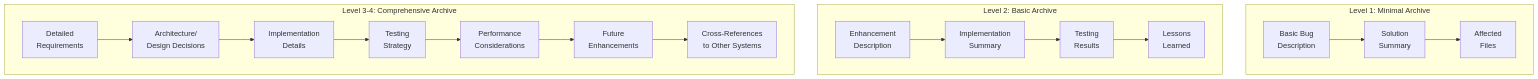
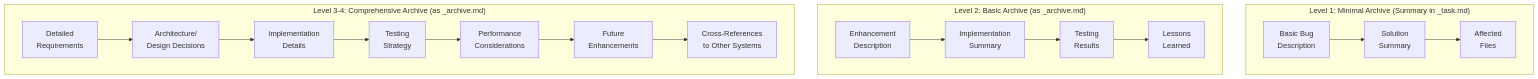
Before and after one commit to vanzan01/cursor-memory-bank: the fourth of 5 diagrams in .cursor/rules/isolation_rules/visual-maps/archive-mode-map.mdc, drawn with Mermaid. The commit also changed other lines of this file and 52 other files, not shown here.

Commit message:
Добавлены новые правила для управления активными задачами и генерации сообщений коммитов. Обновлены существующие правила для улучшения логики обработки контекста и управления задачами. Включены инструкции по созданию заметок для релиза и улучшены диаграммы процесса для режимов ARCHIVE и CREATIVE.

````diff
--- a/.cursor/rules/isolation_rules/visual-maps/archive-mode-map.mdc
+++ b/.cursor/rules/isolation_rules/visual-maps/archive-mode-map.mdc
@@ -123,31 +121,31 @@
 ```mermaid
 graph TD
-    subgraph "Level 1: Minimal Archive"
+    subgraph "Level 1: Minimal Archive (Summary in _task.md)"
         L1A["Basic Bug<br>Description"]
         L1B["Solution<br>Summary"]
         L1C["Affected<br>Files"]
     end
 
-    subgraph "Level 2: Basic Archive"
+    subgraph "Level 2: Basic Archive (as _archive.md)"
         L2A["Enhancement<br>Description"]
         L2B["Implementation<br>Summary"]
         L2C["Testing<br>Results"]
         L2D["Lessons<br>Learned"]
     end
 
-    subgraph "Level 3-4: Comprehensive Archive"
+    subgraph "Level 3-4: Comprehensive Archive (as _archive.md)"
         L3A["Detailed<br>Requirements"]
         L3B["Architecture/<br>Design Decisions"]
         L3C["Implementation<br>Details"]
         L3D["Testing<br>Strategy"]
         L3E["Performance<br>Considerations"]
         L3F["Future<br>Enhancements"]
         L3G["Cross-References<br>to Other Systems"]
     end
 
     L1A --> L1B --> L1C
 
     L2A --> L2B --> L2C --> L2D
 
     L3A --> L3B --> L3C --> L3D --> L3E --> L3F --> L3G
 ```
````
